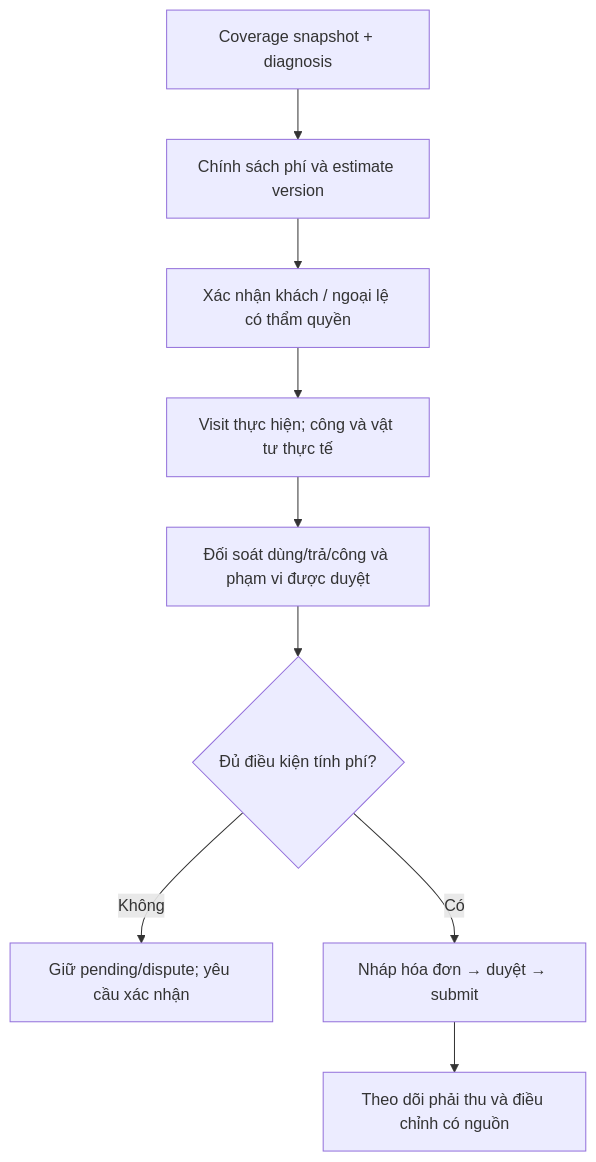
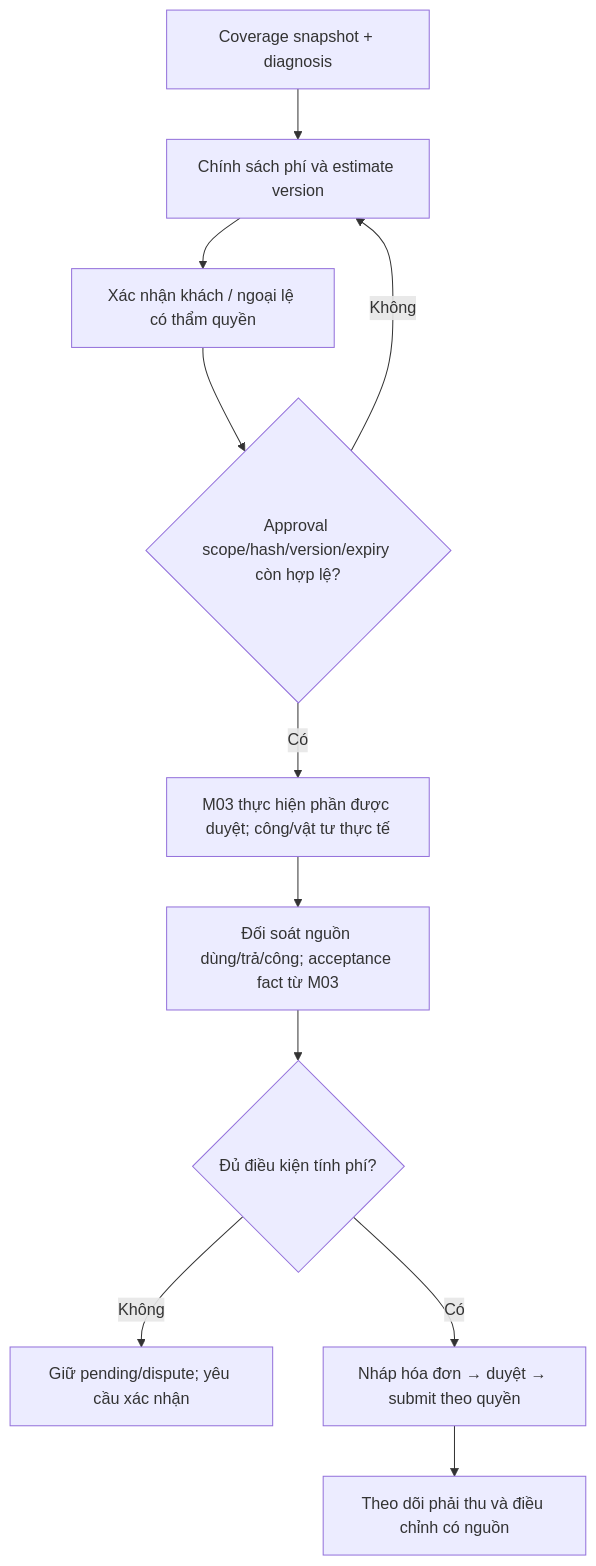
The diagram in docs/design/modules/m07_chi_phi_va_hoa_don.md (Baronger23/ERP.SmartHelpDesk), drawn with Mermaid before and after one commit. The commit also changed 70 other files, not shown here.

````diff
--- a/docs/design/modules/m07_chi_phi_va_hoa_don.md
+++ b/docs/design/modules/m07_chi_phi_va_hoa_don.md
@@ -28,11 +28,13 @@
 ```mermaid
 flowchart TD
     A["Coverage snapshot + diagnosis"] --> B["Chính sách phí và estimate version"]
     B --> C["Xác nhận khách / ngoại lệ có thẩm quyền"]
-    C --> D["Visit thực hiện; công và vật tư thực tế"]
-    D --> E["Đối soát dùng/trả/công và phạm vi được duyệt"]
+    C --> V{"Approval scope/hash/version/expiry còn hợp lệ?"}
+    V -->|"Không"| B
+    V -->|"Có"| D["M03 thực hiện phần được duyệt; công/vật tư thực tế"]
+    D --> E["Đối soát nguồn dùng/trả/công; acceptance fact từ M03"]
     E --> F{"Đủ điều kiện tính phí?"}
     F -->|"Không"| G["Giữ pending/dispute; yêu cầu xác nhận"]
-    F -->|"Có"| H["Nháp hóa đơn → duyệt → submit"]
+    F -->|"Có"| H["Nháp hóa đơn → duyệt → submit theo quyền"]
     H --> I["Theo dõi phải thu và điều chỉnh có nguồn"]
 ```
````
